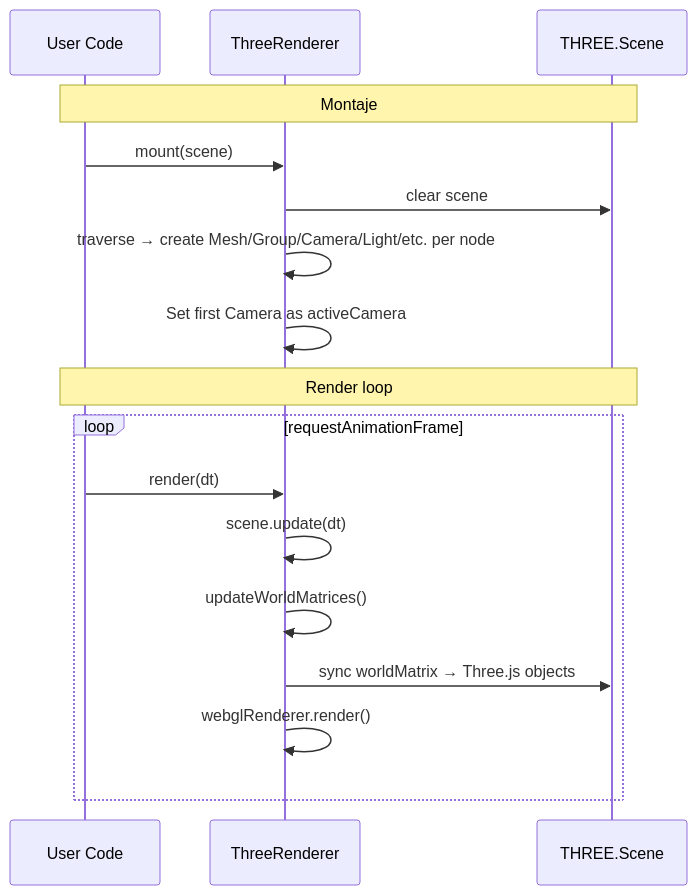
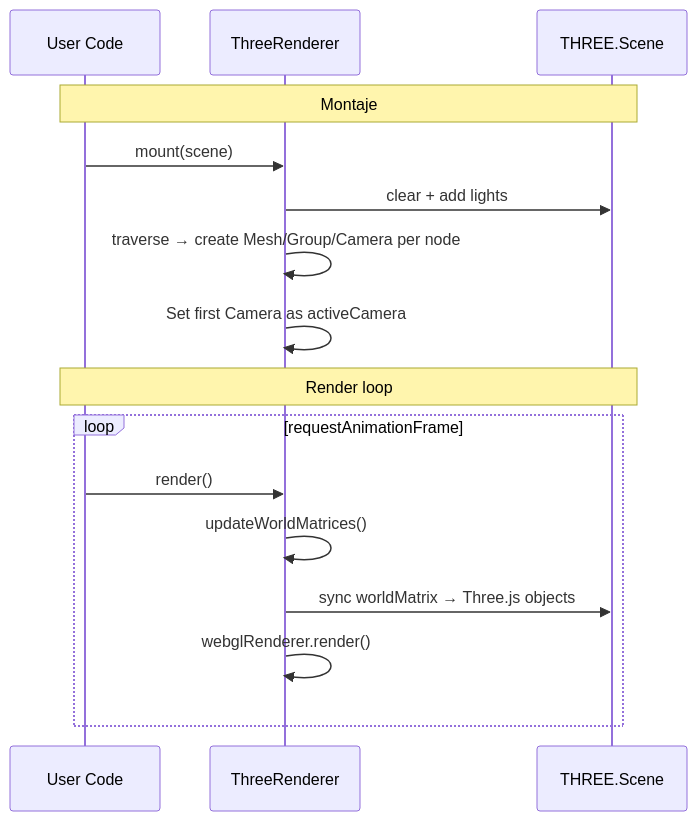
One commit to joshuacba08/oroya-animate changed the second of 4 diagrams in apps/web/src/content/docs-es/renderers.md. Above: the diagram before and after it, drawn with Mermaid. The commit also changed other lines of this file and 271 other files, not shown here.

````diff
--- a/apps/web/src/content/docs-es/renderers.md
+++ b/apps/web/src/content/docs-es/renderers.md
@@ -78,21 +75,20 @@
 ```mermaid
 sequenceDiagram
     participant U as User Code
     participant TR as ThreeRenderer
     participant TS as THREE.Scene
 
     Note over U,TS: Montaje
     U->>TR: mount(scene)
-    TR->>TS: clear scene
-    TR->>TR: traverse → create Mesh/Group/Camera/Light/etc. per node
+    TR->>TS: clear + add lights
+    TR->>TR: traverse → create Mesh/Group/Camera per node
     TR->>TR: Set first Camera as activeCamera
 
     Note over U,TS: Render loop
     loop requestAnimationFrame
-        U->>TR: render(dt)
-        TR->>TR: scene.update(dt)
+        U->>TR: render()
         TR->>TR: updateWorldMatrices()
         TR->>TS: sync worldMatrix → Three.js objects
         TR->>TR: webglRenderer.render()
     end
 ```
````
